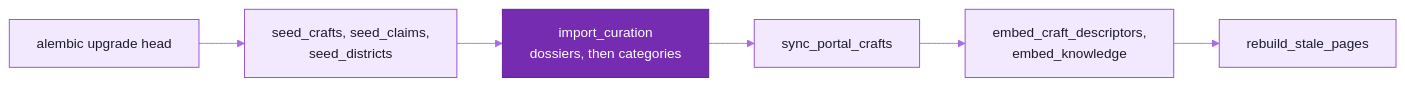
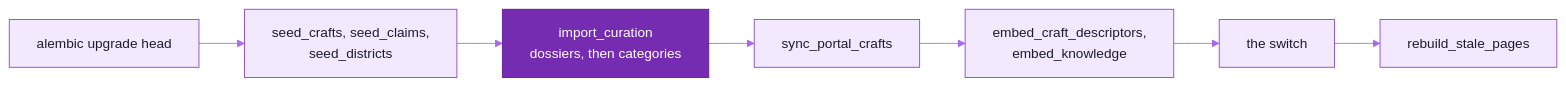
Before and after one commit to ankits1802/science-behind-craft: the ninth of 9 diagrams in docs/ARCHITECTURE.md, drawn with Mermaid. The commit also changed other lines of this file and 23 other files, not shown here.

````diff
--- a/docs/ARCHITECTURE.md
+++ b/docs/ARCHITECTURE.md
@@ -672,11 +672,12 @@
 ```mermaid
 %%{init: {"theme":"base","fontFamily":"Inter, ui-sans-serif, system-ui, -apple-system, Segoe UI, Roboto, Helvetica, Arial, sans-serif","themeVariables":{"fontSize":"15px","primaryColor":"#F2E9FE","primaryTextColor":"#1E1B2E","primaryBorderColor":"#9148D2","secondaryColor":"#FAEECD","secondaryTextColor":"#1E1B2E","secondaryBorderColor":"#CD9200","tertiaryColor":"#F3F1FA","tertiaryTextColor":"#1E1B2E","tertiaryBorderColor":"#A7A3BC","mainBkg":"#F2E9FE","nodeBorder":"#9148D2","nodeTextColor":"#1E1B2E","lineColor":"#AA69E9","textColor":"#857F9E","edgeLabelBackground":"#F9F5FF","clusterBkg":"#F9F5FF","clusterBorder":"#D6B6FB","titleColor":"#762CB1"}}}%%
 flowchart LR
   M["alembic upgrade head"] --> SE["seed_crafts, seed_claims,<br/>seed_districts"]
   SE --> IC["import_curation<br/>dossiers, then categories"]
   IC --> SP["sync_portal_crafts"]
   SP --> EM["embed_craft_descriptors,<br/>embed_knowledge"]
-  EM --> RP["rebuild_stale_pages"]
+  EM --> SW["the switch"]
+  SW --> RP["rebuild_stale_pages"]
   classDef accent fill:#762CB1,stroke:#5F1C93,color:#FFFFFF
   class IC accent
 ```
````
